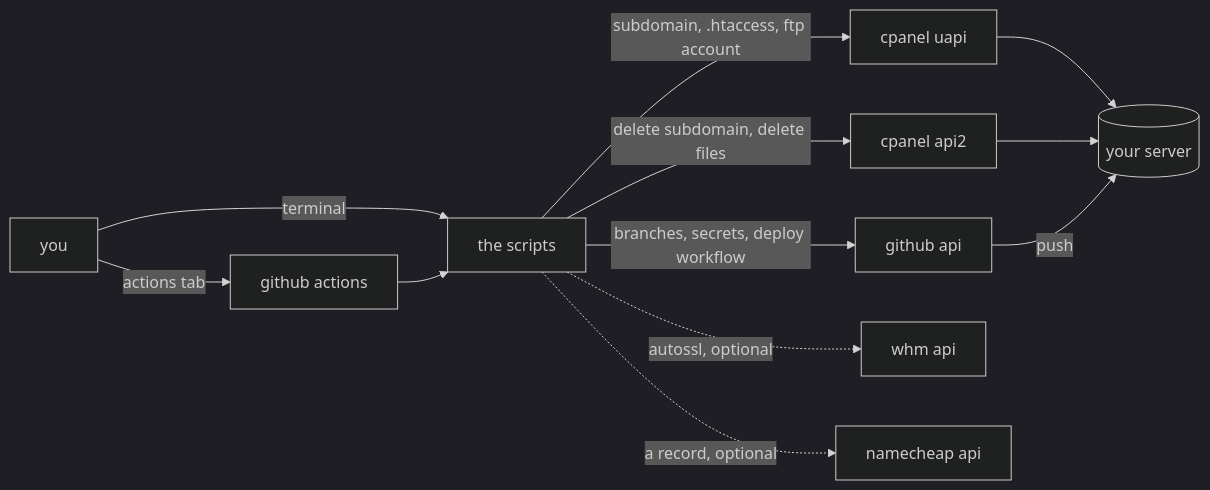
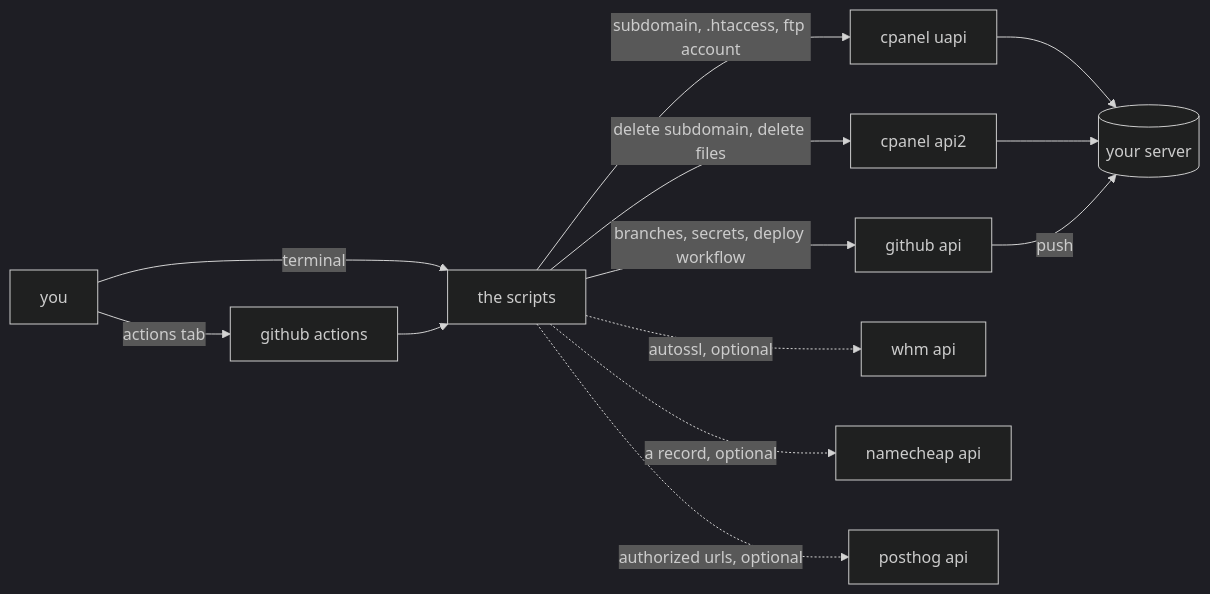
One commit to leandroestrella/hammerspace changed the diagram in README.md. Above: the diagram before and after it, drawn with Mermaid. The commit also changed other lines of this file and 10 other files, not shown here.

First line of the commit message:
Add new subdomains to PostHog's Authorized URLs, remove them on delete (LNDR-147)

````diff
--- a/README.md
+++ b/README.md
@@ -25,15 +25,16 @@
 ```mermaid
 %%{init: {'theme': 'dark'}}%%
 flowchart LR
     YOU[you] -->|actions tab| GHA[github actions]
     YOU -->|terminal| CLI[the scripts]
     GHA --> CLI
     CLI -->|subdomain, .htaccess, ftp account| UAPI[cpanel uapi]
     CLI -->|delete subdomain, delete files| API2[cpanel api2]
     CLI -->|branches, secrets, deploy workflow| GH[github api]
     CLI -.->|autossl, optional| WHM[whm api]
     CLI -.->|a record, optional| NC[namecheap api]
+    CLI -.->|authorized urls, optional| PH[posthog api]
     UAPI --> SRV[(your server)]
     API2 --> SRV
     GH -->|push| SRV
 ```
````
